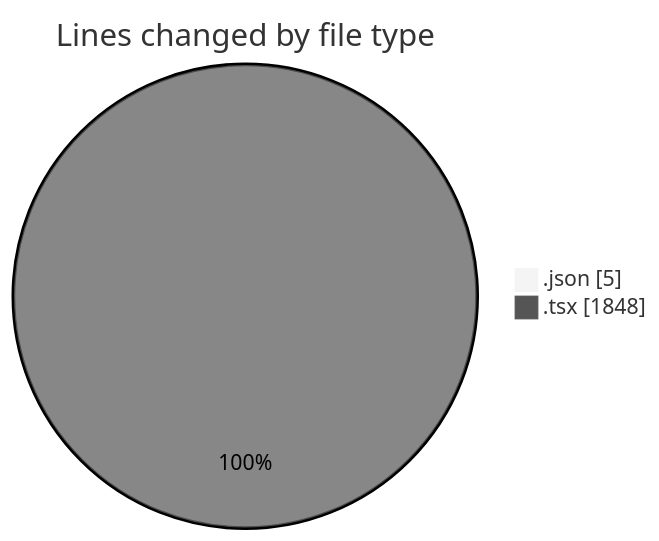
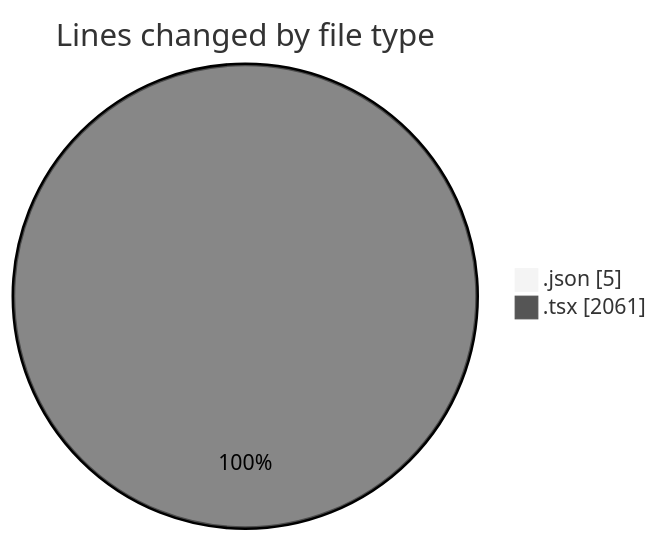
The first of 2 diagrams in 2025-05-29/advertise/README.md (Elitesun/code-tracking), drawn with Mermaid (neutral theme) before and after one commit. The commit also changed other lines of this file and 1 other file, not shown here.

````diff
--- a/2025-05-29/advertise/README.md
+++ b/2025-05-29/advertise/README.md
@@ -26,6 +26,6 @@
 ```mermaid
 pie showData
 title Lines changed by file type
 ".json" : 5
-".tsx" : 1848
+".tsx" : 2061
 ```
````
